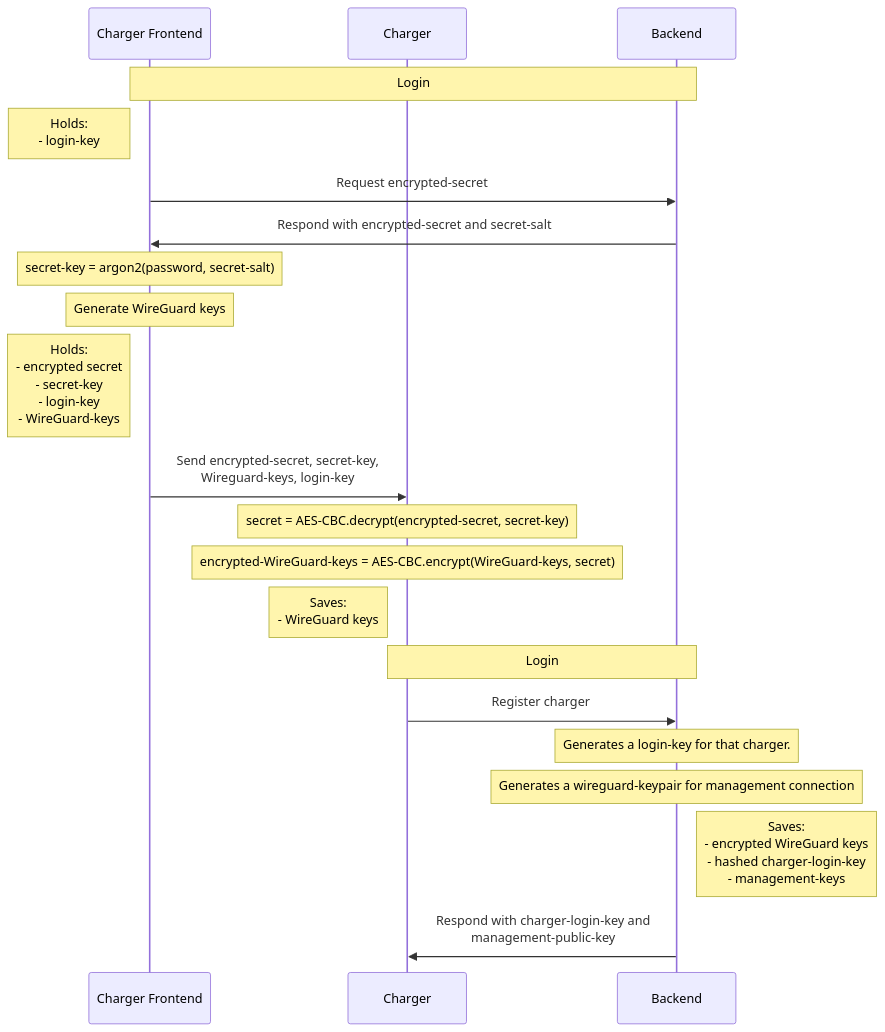
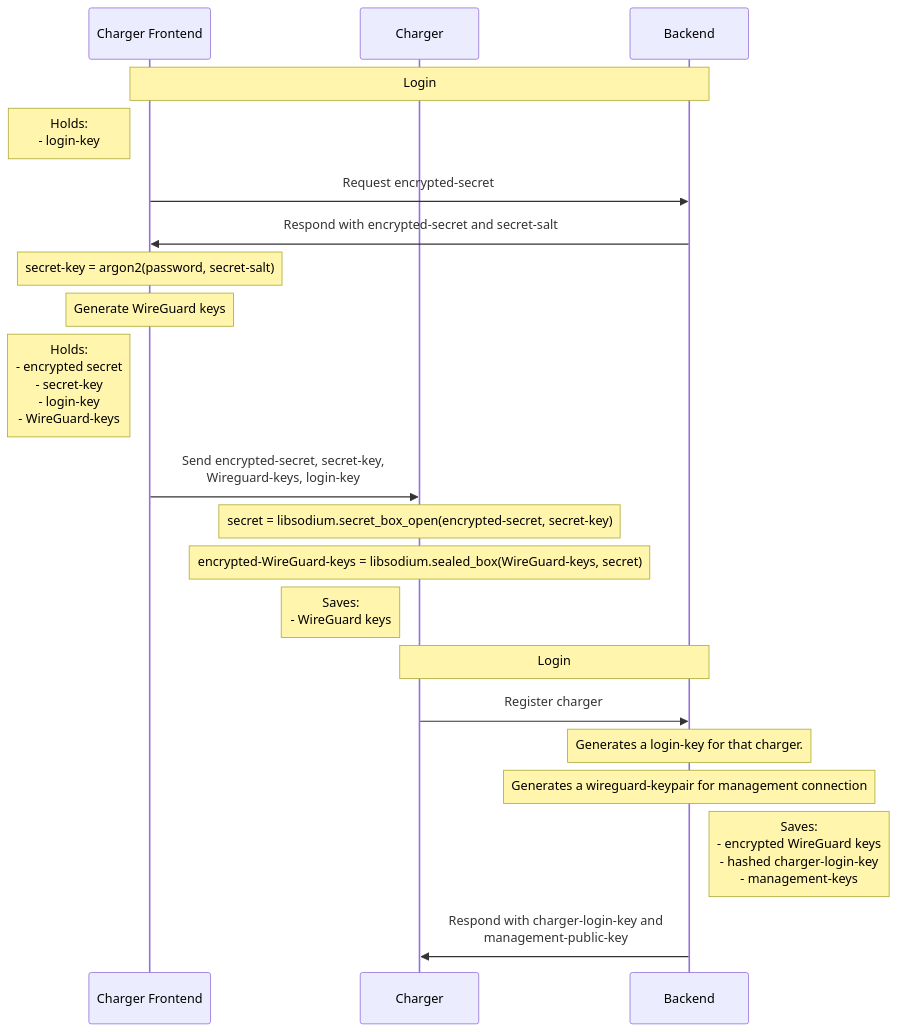
One commit to Tinkerforge/esp32-remote-access changed the fifth of 10 diagrams in sequence.md. Above: the diagram before and after it, drawn with Mermaid. The commit also changed other lines of this file, not shown here.

Commit message:
update sequence.md to libsodium usage.

````diff
--- a/sequence.md
+++ b/sequence.md
@@ -102,31 +102,31 @@
 ```mermaid
 sequenceDiagram
     participant Charger Frontend
     participant Charger
     participant Backend
 
     Note over Charger Frontend, Backend: Login
 
     Note left of Charger Frontend: Holds: <br> - login-key
     Charger Frontend->>Backend: Request encrypted-secret
 
     Backend->>Charger Frontend: Respond with encrypted-secret and secret-salt
     Note over Charger Frontend: secret-key = argon2(password, secret-salt)
     Note over Charger Frontend: Generate WireGuard keys
 
     Note left of Charger Frontend: Holds: <br> - encrypted secret <br> - secret-key <br> - login-key <br> - WireGuard-keys
 
     Charger Frontend->>Charger: Send encrypted-secret, secret-key, <br> Wireguard-keys, login-key
-    Note over Charger: secret = AES-CBC.decrypt(encrypted-secret, secret-key)
-    Note over Charger: encrypted-WireGuard-keys = AES-CBC.encrypt(WireGuard-keys, secret)
+    Note over Charger: secret = libsodium.secret_box_open(encrypted-secret, secret-key)
+    Note over Charger: encrypted-WireGuard-keys = libsodium.sealed_box(WireGuard-keys, secret)
 
     Note left of Charger: Saves: <br> - WireGuard keys
 
     Note over Charger, Backend: Login
 
     Charger->>Backend: Register charger
     Note over Backend: Generates a login-key for that charger.
     Note over Backend: Generates a wireguard-keypair for management connection
     Note right of Backend: Saves: <br> - encrypted WireGuard keys <br> - hashed charger-login-key <br> - management-keys
     Backend->>Charger: Respond with charger-login-key and <br> management-public-key
 ```
````
